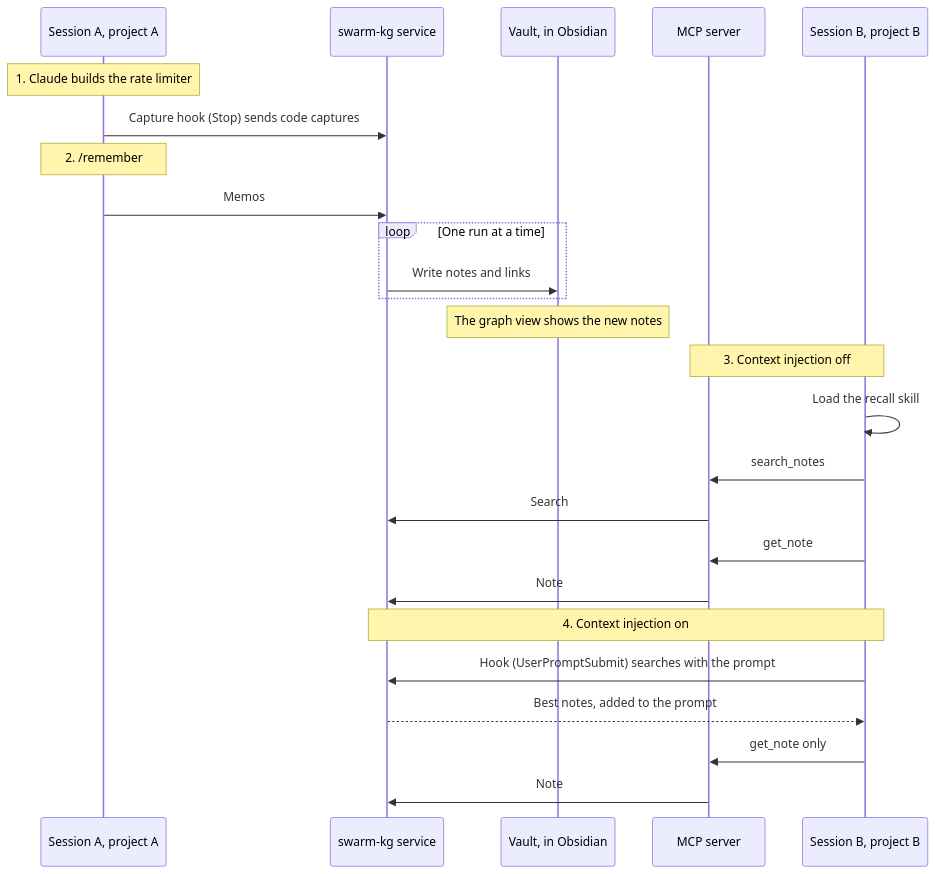
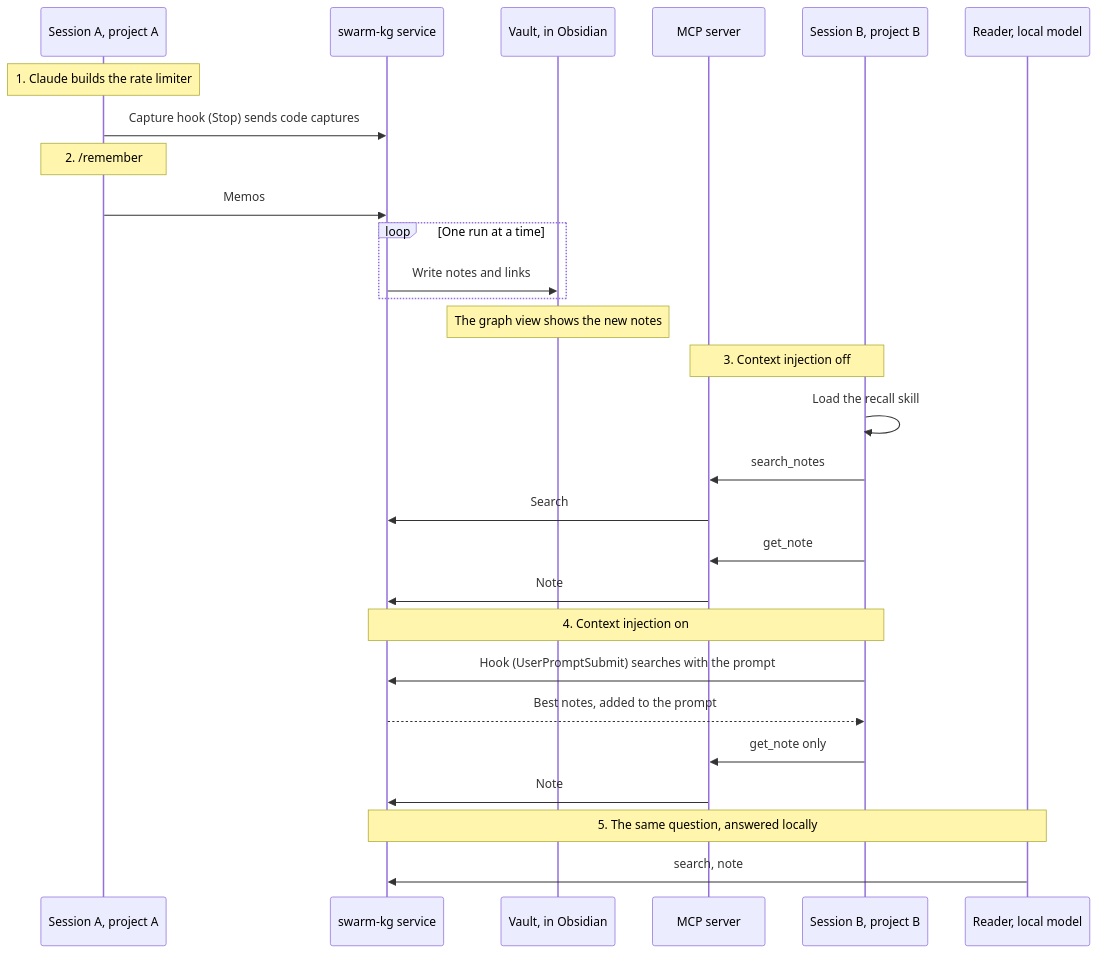
Before and after one commit to lukewoodcock/knowledge-graph: the diagram in demo/SCRIPT.md, drawn with Mermaid. The commit also changed other lines of this file and 14 other files, not shown here.

First line of the commit message:
feat: Reader answers recall questions with a local Ollama model

````diff
--- a/demo/SCRIPT.md
+++ b/demo/SCRIPT.md
@@ -9,28 +10,31 @@
 ```mermaid
 sequenceDiagram
   participant A as Session A, project A
   participant S as swarm-kg service
   participant V as Vault, in Obsidian
   participant M as MCP server
   participant B as Session B, project B
+  participant R as Reader, local model
 
   Note over A: 1. Claude builds the rate limiter
   A->>S: Capture hook (Stop) sends code captures
   Note over A: 2. /remember
   A->>S: Memos
   loop One run at a time
     S->>V: Write notes and links
   end
   Note over V: The graph view shows the new notes
   Note over M,B: 3. Context injection off
   B->>B: Load the recall skill
   B->>M: search_notes
   M->>S: Search
   B->>M: get_note
   M->>S: Note
   Note over S,B: 4. Context injection on
   B->>S: Hook (UserPromptSubmit) searches with the prompt
   S-->>B: Best notes, added to the prompt
   B->>M: get_note only
   M->>S: Note
+  Note over S,R: 5. The same question, answered locally
+  R->>S: search, note
 ```
````
